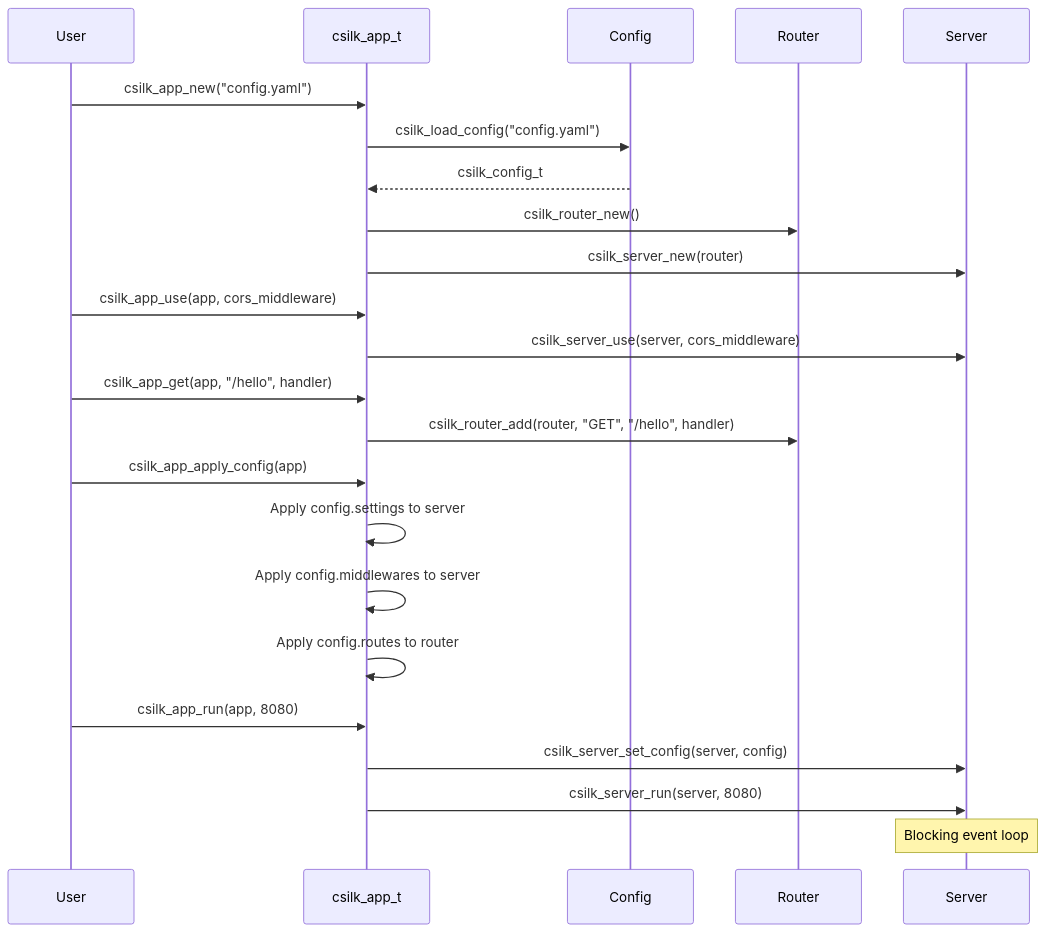
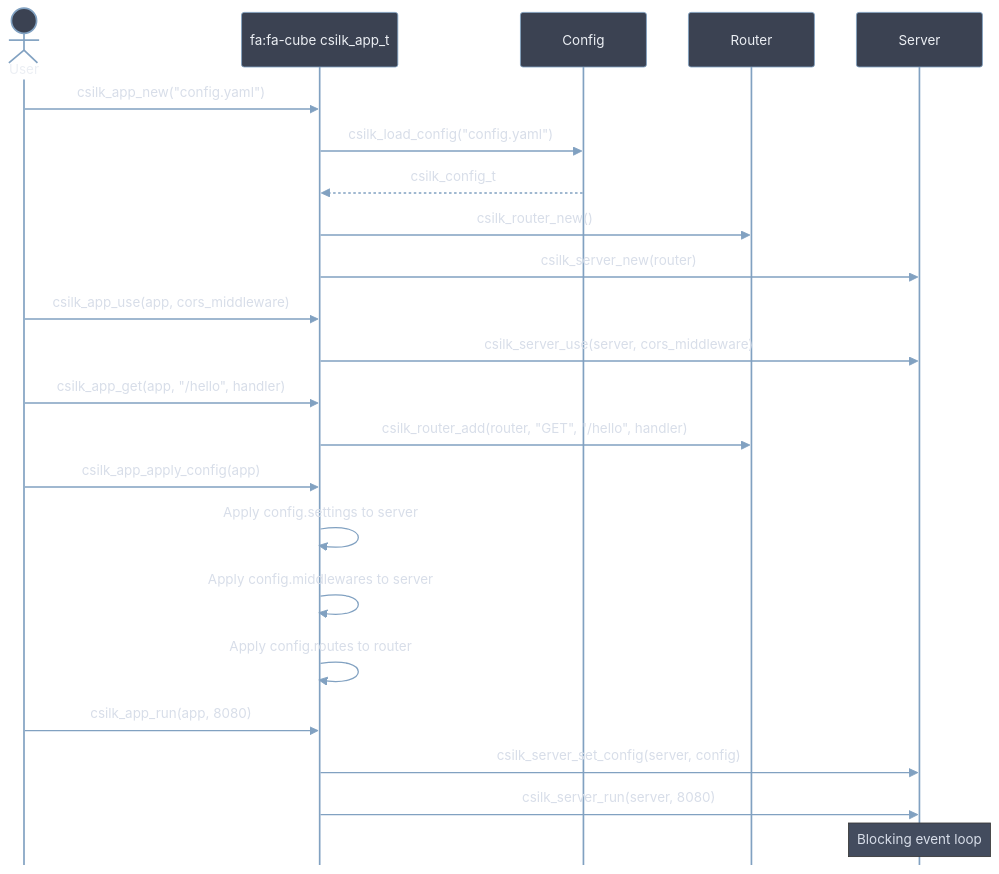
Before and after one commit to quintin-lee/csilk: the eighth of 8 diagrams in docs/user-manual/advanced-usage.md, drawn with Mermaid. The commit also changed other lines of this file and 30 other files, not shown here.

Commit message:
docs(docs): 📝 apply Nord Mermaid theme, RFC 2119 keywords, and quantified metrics to all docs

````diff
--- a/docs/user-manual/advanced-usage.md
+++ b/docs/user-manual/advanced-usage.md
@@ -278,31 +287,32 @@
 ```mermaid
+%%{init: {'theme': 'base', 'themeVariables': {'background': '#2E3440','primaryColor':'#81A1C1','primaryBorderColor':'#4C566A','primaryTextColor':'#ECEFF4','secondaryColor':'#3B4252','secondaryBorderColor':'#434C5E','secondaryTextColor':'#D8DEE9','lineColor':'#81A1C1','textColor':'#ECEFF4','mainBkg':'#3B4252','nodeBorder':'#4C566A','clusterBkg':'#2E3440','clusterBorder':'#4C566A','titleColor':'#ECEFF4','edgeLabelBackground':'#3B4252','nodeTextColor':'#ECEFF4','actorBorder':'#81A1C1','actorBkg':'#3B4252','actorTextColor':'#ECEFF4','signalColor':'#81A1C1','signalTextColor':'#D8DEE9','noteBkgColor':'#434C5E','noteTextColor':'#D8DEE9','loopTextColor':'#81A1C1','sequenceNumberColor':'#ECEFF4'}, 'sequence': {'actorFontSize': 14, 'noteFontSize': 12, 'messageFontSize': 12, 'mirrorActors': false}}}%%
 sequenceDiagram
-    participant User
-    participant App as csilk_app_t
+    actor User
+    participant App as fa:fa-cube csilk_app_t
     participant Config
     participant Router
     participant Server
 
     User->>App: csilk_app_new("config.yaml")
     App->>Config: csilk_load_config("config.yaml")
     Config-->>App: csilk_config_t
 
     App->>Router: csilk_router_new()
     App->>Server: csilk_server_new(router)
 
     User->>App: csilk_app_use(app, cors_middleware)
     App->>Server: csilk_server_use(server, cors_middleware)
 
     User->>App: csilk_app_get(app, "/hello", handler)
     App->>Router: csilk_router_add(router, "GET", "/hello", handler)
 
     User->>App: csilk_app_apply_config(app)
     App->>App: Apply config.settings to server
     App->>App: Apply config.middlewares to server
     App->>App: Apply config.routes to router
 
     User->>App: csilk_app_run(app, 8080)
     App->>Server: csilk_server_set_config(server, config)
     App->>Server: csilk_server_run(server, 8080)
     Note over Server: Blocking event loop
 ```
````
